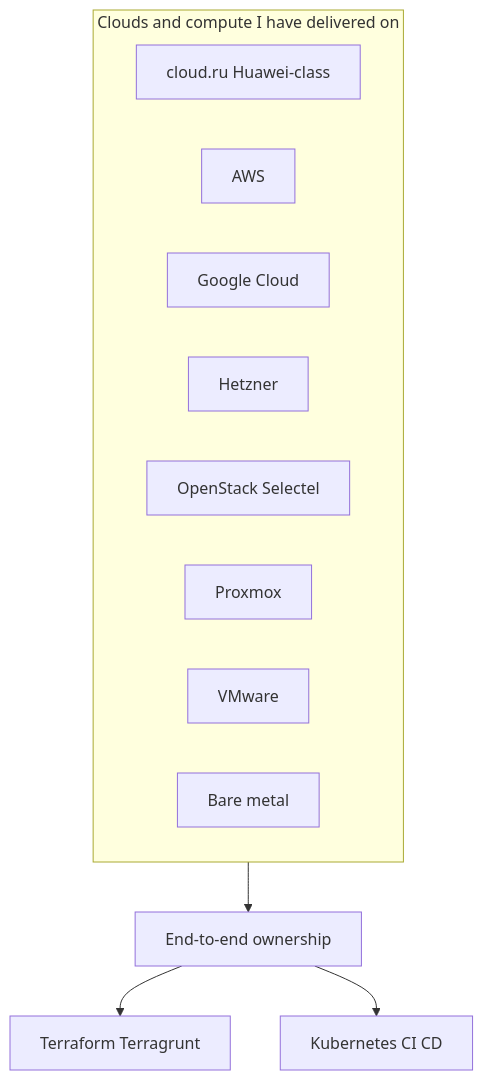
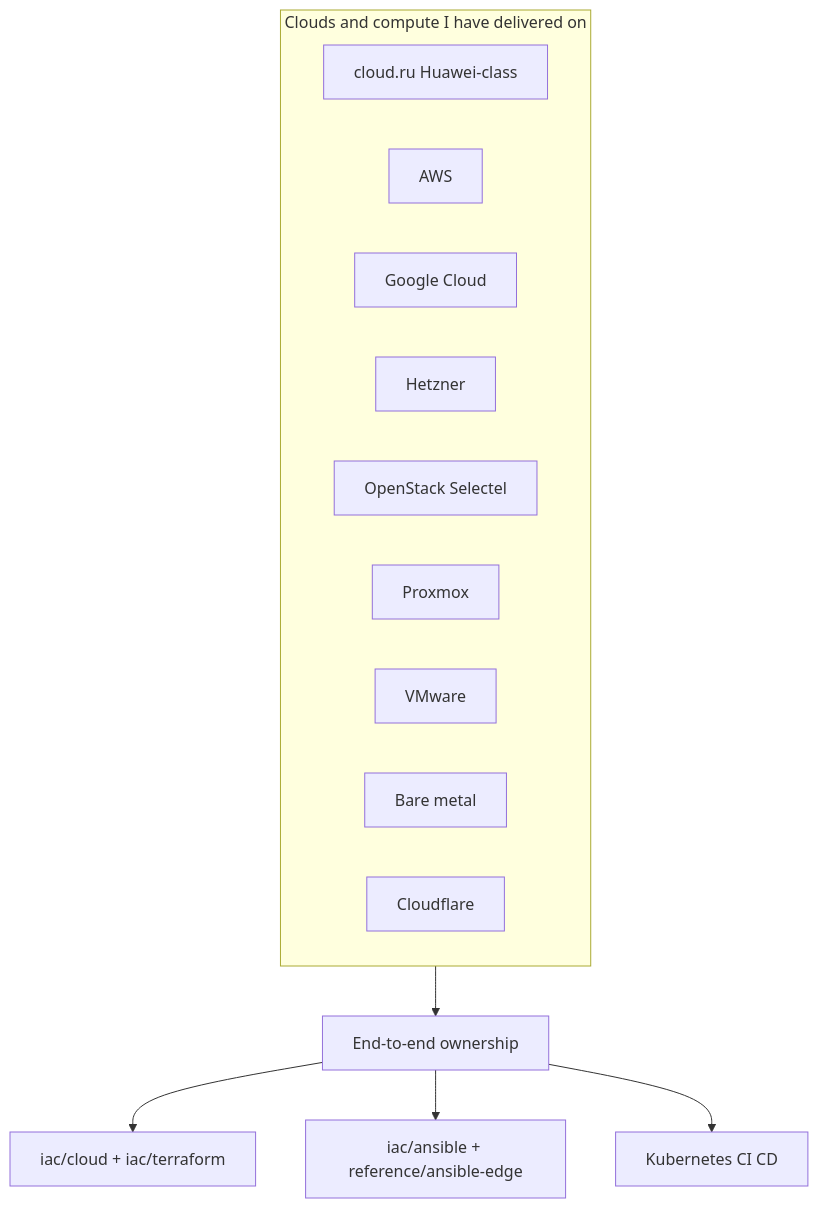
The first of 4 diagrams in README.md (NarberallGamma/narberall-platform-engineer-lab), drawn with Mermaid before and after one commit. The commit also changed other lines of this file and 401 other files, not shown here.

First line of the commit message:
Publish iac layout, sanitized Ansible, and production experience.

````diff
--- a/README.md
+++ b/README.md
@@ -40,16 +61,18 @@
 ```mermaid
 flowchart TB
   subgraph clouds [Clouds and compute I have delivered on]
     CR[cloud.ru Huawei-class]
     AWS[AWS]
     GCP[Google Cloud]
     HZ[Hetzner]
     OS[OpenStack Selectel]
     PX[Proxmox]
     VM[VMware]
     BM[Bare metal]
+    CF[Cloudflare]
   end
   clouds --> Own[End-to-end ownership]
-  Own --> IaC[Terraform Terragrunt]
+  Own --> IaC[iac/cloud + iac/terraform]
+  Own --> ANS[iac/ansible + reference/ansible-edge]
   Own --> K8s[Kubernetes CI CD]
 ```
````
